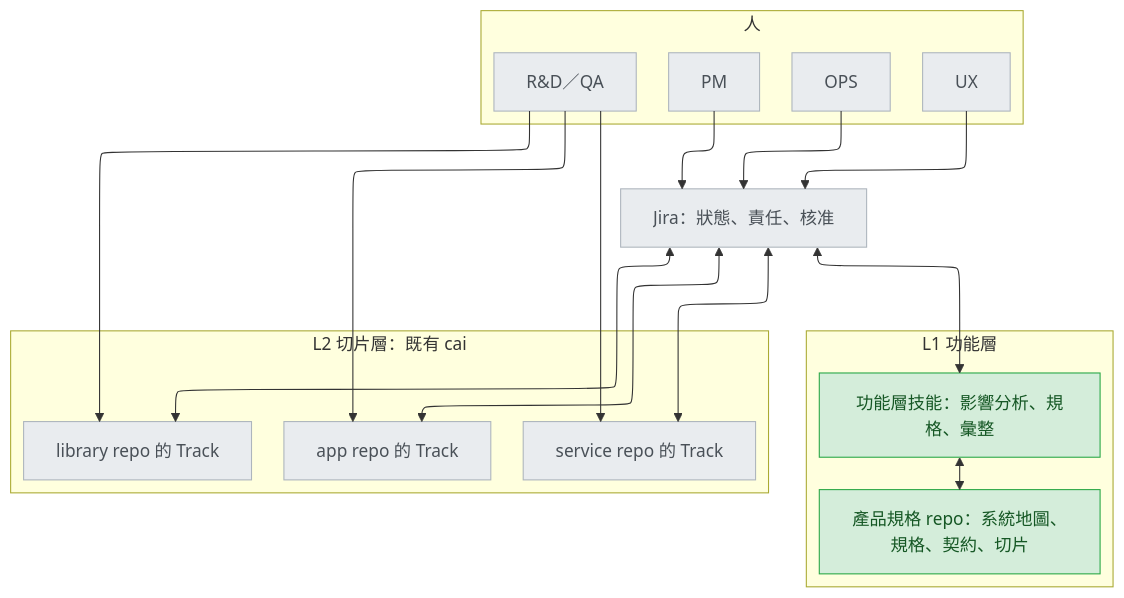
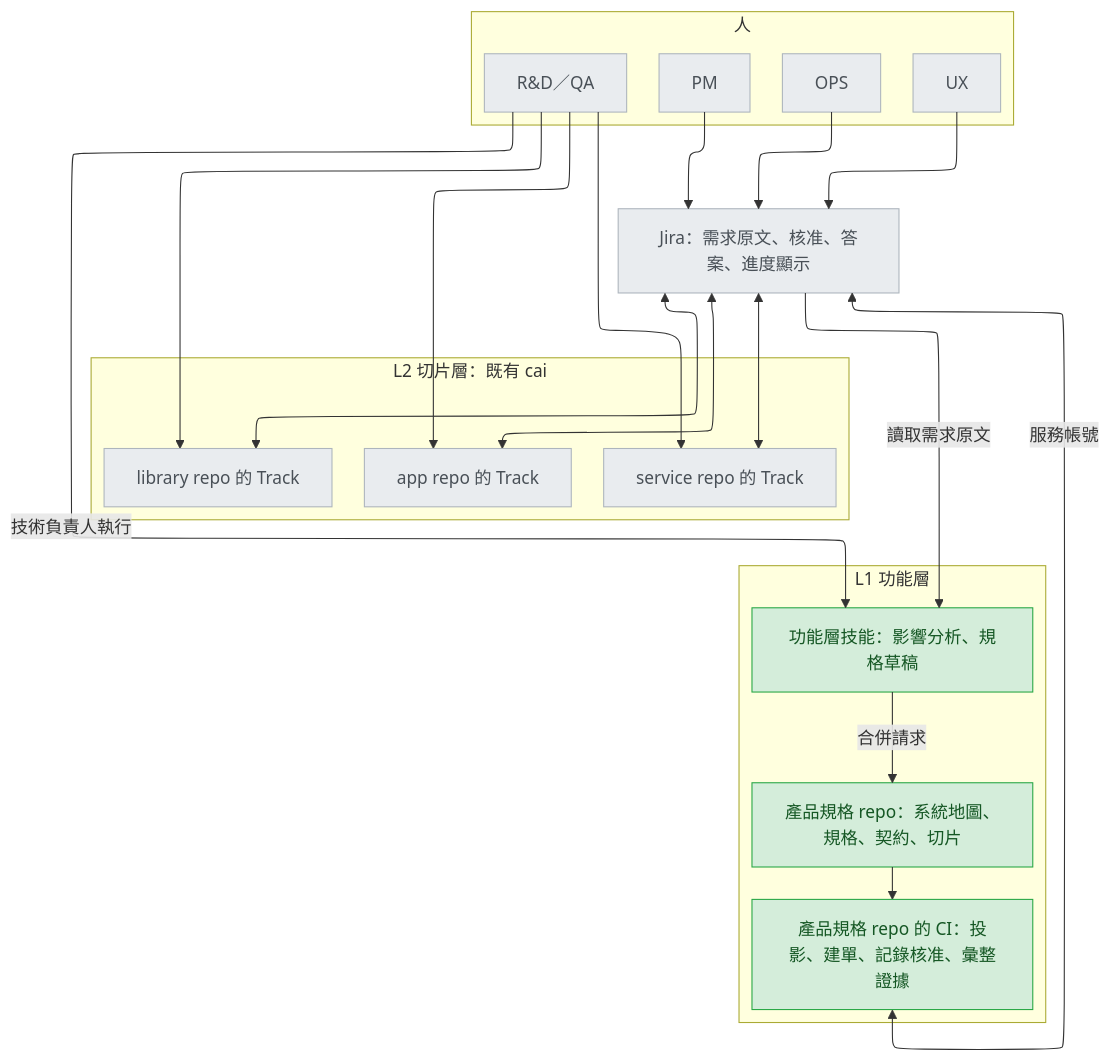
Before and after one commit to millerlai/claude-all-in-one: the first of 2 diagrams in docs/design/enterprise-sdlc.md, drawn with Mermaid. The commit also changed other lines of this file, not shown here.

````diff
--- a/docs/design/enterprise-sdlc.md
+++ b/docs/design/enterprise-sdlc.md
@@ -145,39 +174,43 @@
 ```mermaid
 ---
 config:
   flowchart:
     defaultRenderer: "elk"
 ---
 flowchart TB
     subgraph People["人"]
       PM["PM"]
       UX["UX"]
       OPS["OPS"]
       RD["R&D／QA"]
     end
-    J["Jira：狀態、責任、核准"]
+    J["Jira：需求原文、核准、答案、進度顯示"]
     subgraph L1["L1 功能層"]
-      FE["功能層技能：影響分析、規格、彙整"]
+      FE["功能層技能：影響分析、規格草稿"]
       PR["產品規格 repo：系統地圖、規格、契約、切片"]
+      CI["產品規格 repo 的 CI：投影、建單、記錄核准、彙整證據"]
     end
     subgraph L2["L2 切片層：既有 cai"]
       T1["app repo 的 Track"]
       T2["service repo 的 Track"]
       T3["library repo 的 Track"]
     end
     PM --> J
     UX --> J
     OPS --> J
-    J <--> FE
-    FE <--> PR
+    J -->|"讀取需求原文"| FE
+    RD -->|"技術負責人執行"| FE
+    FE -->|"合併請求"| PR
+    PR --> CI
+    CI <-->|"服務帳號"| J
     J <--> T1
     J <--> T2
     J <--> T3
     RD --> T1
     RD --> T2
     RD --> T3
     classDef added fill:#d4edda,stroke:#28a745,color:#155724
     classDef existing fill:#e9ecef,stroke:#adb5bd,color:#495057
-    class FE,PR added
+    class FE,PR,CI added
     class PM,UX,OPS,RD,J,T1,T2,T3 existing
 ```
````
